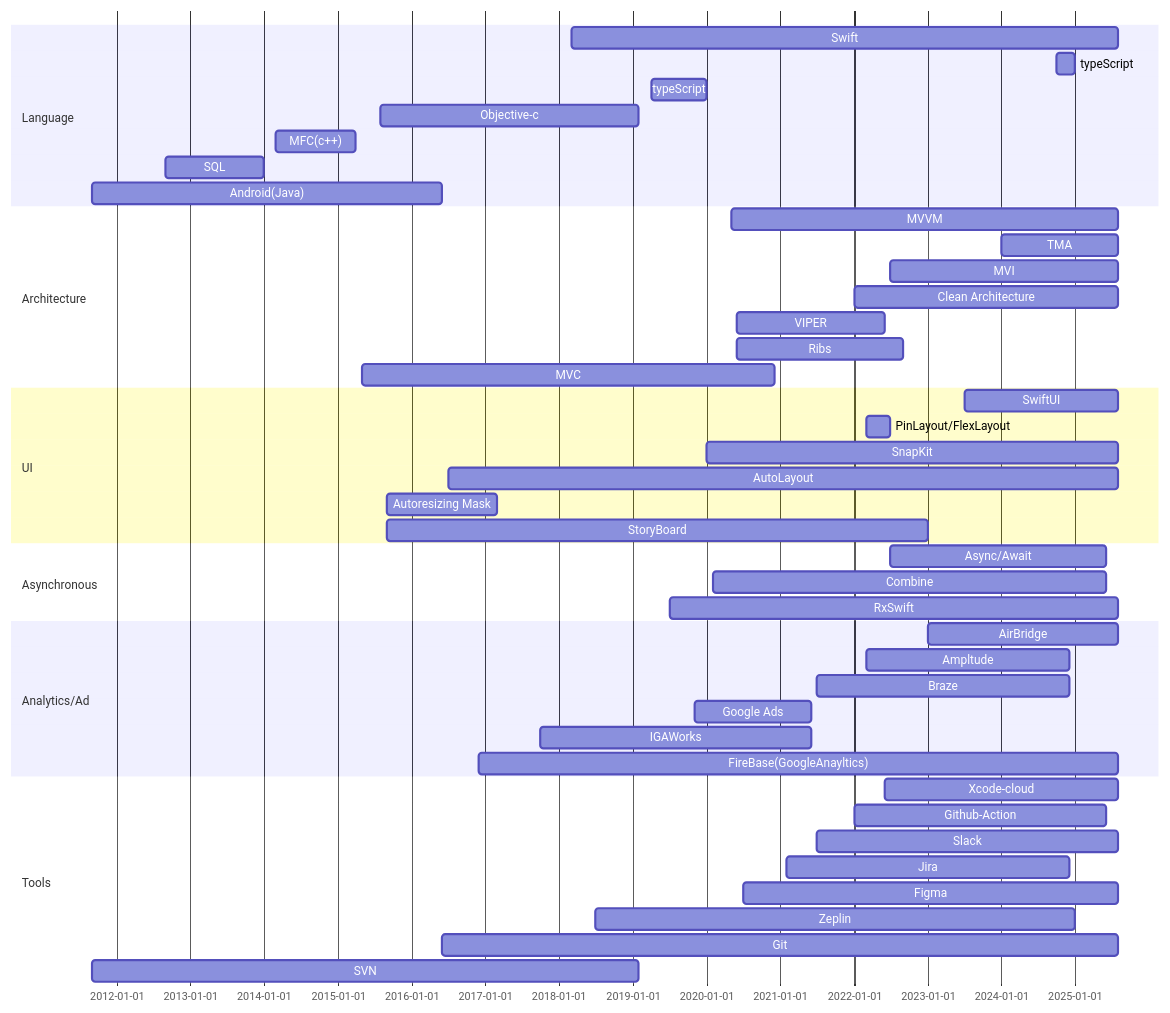
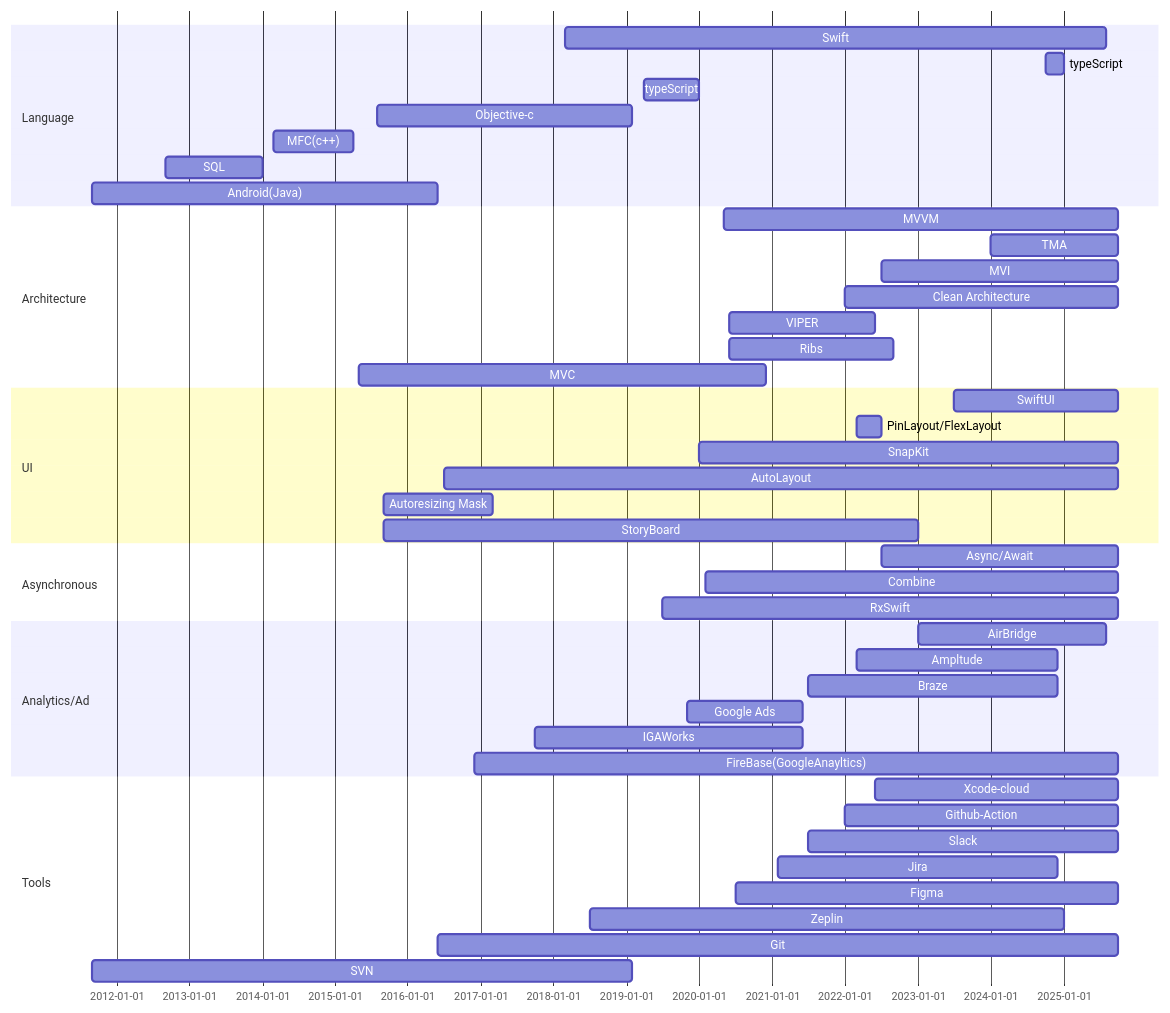
The first of 3 diagrams in PORTFOLIO.md (talq44/resume_portfolio), drawn with Mermaid before and after one commit. The commit also changed 1 other file, not shown here.

Commit message:
변경 내용 추가

````diff
--- a/PORTFOLIO.md
+++ b/PORTFOLIO.md
@@ -23,52 +23,52 @@
 ``` mermaid
 gantt
   dateFormat  YYYY-MM
   section Language
   Swift :i3, 2018-03, 2025-08
   typeScript :a1, 2024-10, 2025-01
   typeScript :a1, 2019-04, 2020-01
   Objective-c :l5, 2015-08, 2019-02
   MFC(c++) :l3, 2014-03, 2015-04
   SQL :l2, 2012-09, 2014-01
   Android(Java) :l1, 2011-09, 2016-06
 
   section Architecture
-  MVVM :a1, 2020-05, 2025-08
-  TMA: a5, 2024-01, 2025-08
-  MVI :a2, 2022-07, 2025-08
-  Clean Architecture :a1, 2022-01, 2025-08
+  MVVM :a1, 2020-05, 2025-10
+  TMA: a5, 2024-01, 2025-10
+  MVI :a2, 2022-07, 2025-10
+  Clean Architecture :a1, 2022-01, 2025-10
   VIPER: a4, 2020-06, 2022-06
   Ribs: a4, 2020-06, 2022-09
   MVC : a3, 2015-05, 2020-12
 
   section UI
-  SwiftUI : c1, 2023-07, 2025-08
+  SwiftUI : c1, 2023-07, 2025-10
   PinLayout/FlexLayout : u3, 2022-03, 2022-07
-  SnapKit : c3, 2020-01, 2025-08
-  AutoLayout : c2, 2016-07, 2025-08
+  SnapKit : c3, 2020-01, 2025-10
+  AutoLayout : c2, 2016-07, 2025-10
   Autoresizing Mask : u2, 2015-09, 2017-03
   StoryBoard : u1, 2015-09, 2023-01
 
   section Asynchronous
-  Async/Await: r3, 2022-07, 2025-06
-  Combine: r2, 2020-02, 2025-06
-  RxSwift: r1, 2019-07, 2025-08
+  Async/Await: r3, 2022-07, 2025-10
+  Combine: r2, 2020-02, 2025-10
+  RxSwift: r1, 2019-07, 2025-10
 
   section Analytics/Ad
   AirBridge : s3, 2023-01, 2025-08
   Ampltude : s2, 2022-03, 2024-12
   Braze : s2, 2021-07, 2024-12
   Google Ads: aa2, 2019-11, 2021-06
   IGAWorks : aa1, 2017-10, 2021-06
-  FireBase(GoogleAnayltics) : s2, 2016-12, 2025-08
+  FireBase(GoogleAnayltics) : s2, 2016-12, 2025-10
 
   section Tools
-  Xcode-cloud: t6, 2022-06, 2025-08
-  Github-Action: t6, 2022-01, 2025-06
-  Slack: t5, 2021-07, 2025-08
+  Xcode-cloud: t6, 2022-06, 2025-10
+  Github-Action: t6, 2022-01, 2025-10
+  Slack: t5, 2021-07, 2025-10
   Jira: t4, 2021-02, 2024-12
-  Figma: t3, 2020-07, 2025-08
+  Figma: t3, 2020-07, 2025-10
   Zeplin: t2, 2018-07, 2025-01
-  Git: t1, 2016-06, 2025-08
+  Git: t1, 2016-06, 2025-10
   SVN: t0, 2011-09, 2019-02
 ```
````
